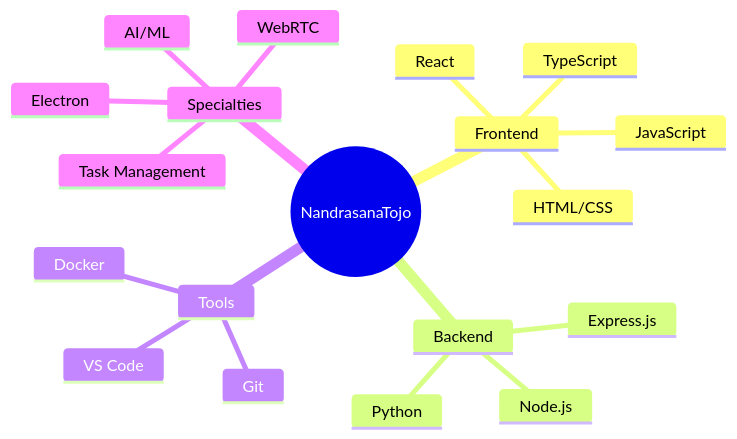
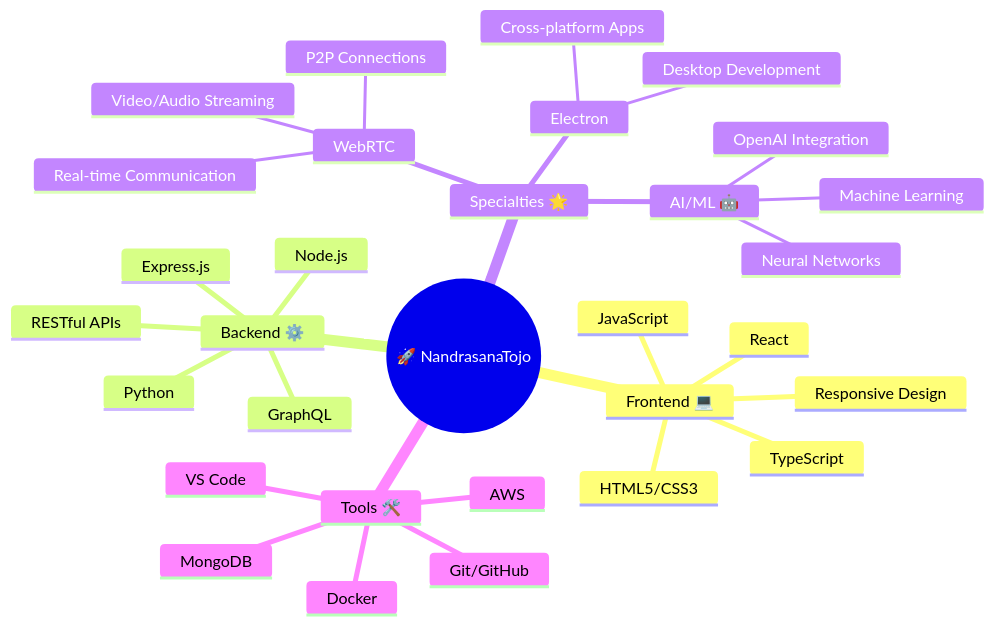
The diagram in README.md (NandrasanaTojo/NandrasanaTojo), drawn with Mermaid before and after one commit. The commit also changed other lines of this file, not shown here.

````diff
--- a/README.md
+++ b/README.md
@@ -80,22 +70,34 @@
 ```mermaid
 mindmap
-  root((NandrasanaTojo))
-    Frontend
+  root((🚀 NandrasanaTojo))
+    Frontend 💻
       JavaScript
-      TypeScript
-      HTML/CSS
+      TypeScript  
       React
-    Backend
+      HTML5/CSS3
+      Responsive Design
+    Backend ⚙️
       Node.js
       Express.js
       Python
-    Tools
-      Git
+      RESTful APIs
+      GraphQL
+    Specialties 🌟
+      WebRTC
+        Real-time Communication
+        Video/Audio Streaming
+        P2P Connections
+      Electron
+        Cross-platform Apps
+        Desktop Development
+      AI/ML 🤖
+        Machine Learning
+        Neural Networks
+        OpenAI Integration
+    Tools 🛠️
+      Git/GitHub
+      Docker
       VS Code
-      Docker
-    Specialties
-      WebRTC
-      Electron
-      AI/ML
-      Task Management
+      AWS
+      MongoDB
 ```
````
